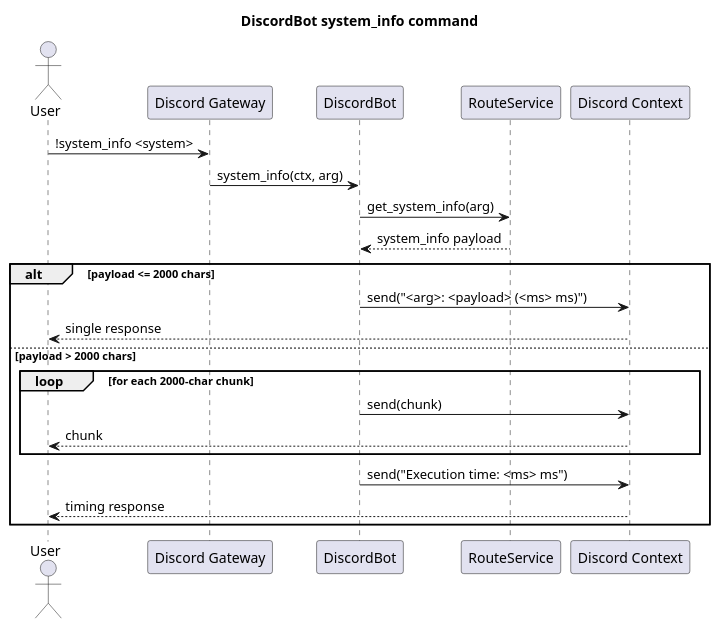
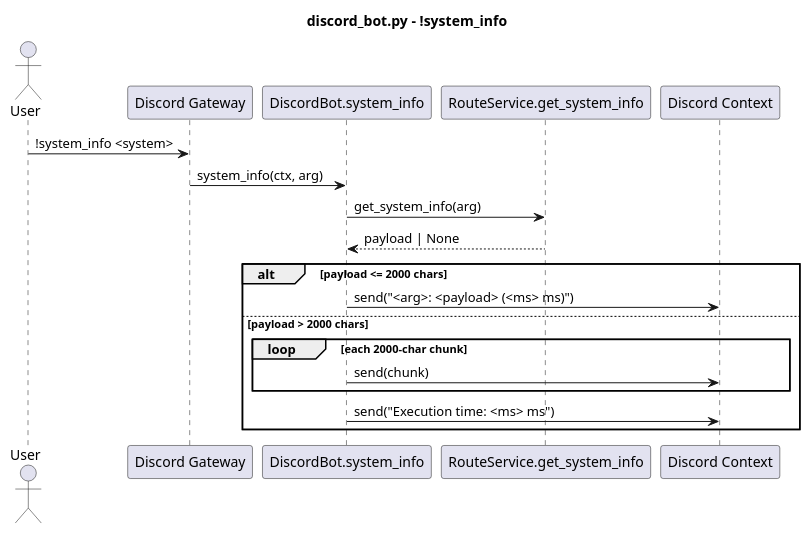
One commit to fazleskhan/elite_dangerous_discord_tools changed the second of 7 diagrams in docs/discord_bot_sequences.puml. Above: the diagram before and after it, drawn with PlantUML. The commit also changed other lines of this file and 23 other files, not shown here.

Commit message:
updated README.md and diagrams

```diff
--- a/docs/discord_bot_sequences.puml
+++ b/docs/discord_bot_sequences.puml
@@ -14,25 +14,23 @@
 @startuml discord_bot_system_info
-title DiscordBot system_info command
+title discord_bot.py - !system_info
+
 actor User
-participant "Discord Gateway" as Discord
-participant "DiscordBot" as Bot
-participant "RouteService" as Route
+participant "Discord Gateway" as Gateway
+participant "DiscordBot.system_info" as Bot
+participant "RouteService.get_system_info" as Route
 participant "Discord Context" as Ctx
 
-User -> Discord : !system_info <system>
-Discord -> Bot : system_info(ctx, arg)
+User -> Gateway : !system_info <system>
+Gateway -> Bot : system_info(ctx, arg)
 Bot -> Route : get_system_info(arg)
-Route --> Bot : system_info payload
+Route --> Bot : payload | None
 
 alt payload <= 2000 chars
   Bot -> Ctx : send("<arg>: <payload> (<ms> ms)")
-  Ctx --> User : single response
 else payload > 2000 chars
-  loop for each 2000-char chunk
+  loop each 2000-char chunk
     Bot -> Ctx : send(chunk)
-    Ctx --> User : chunk
   end
   Bot -> Ctx : send("Execution time: <ms> ms")
-  Ctx --> User : timing response
 end
 @enduml
```
